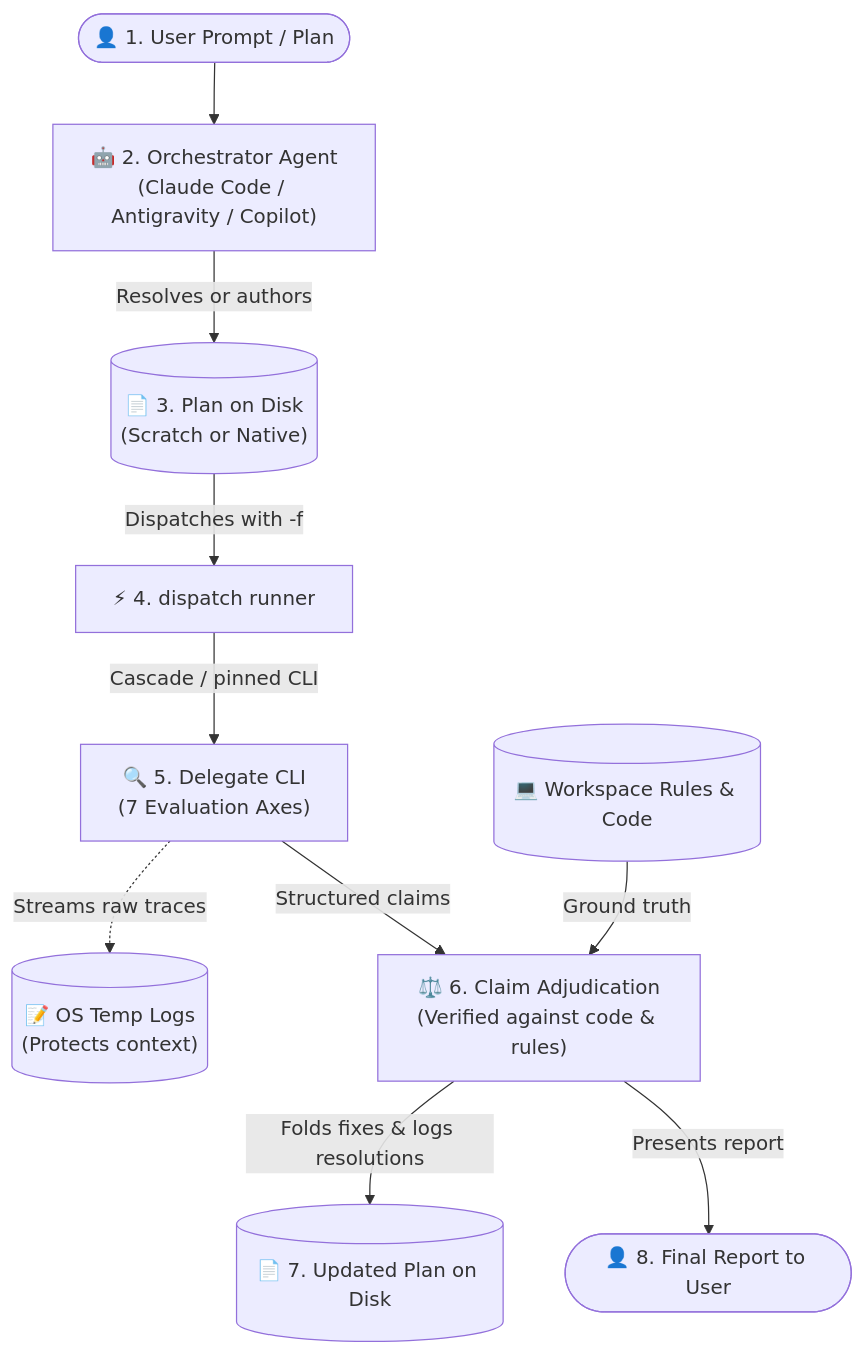
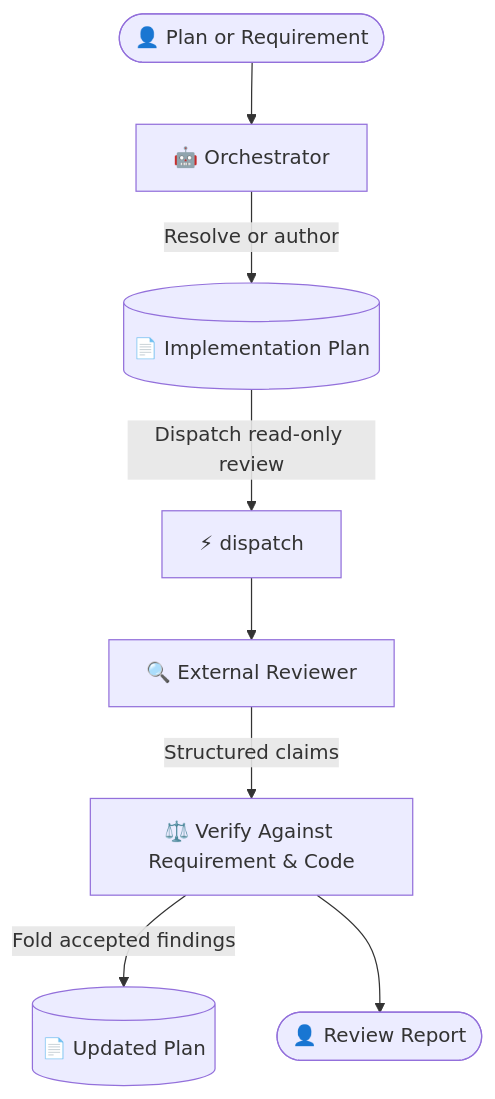
Before and after one commit to Gyunikuchan/dispatch-skills: the diagram in skills/dispatch-plan-review/README.md, drawn with Mermaid. The commit also changed other lines of this file and 22 other files, not shown here.

````diff
--- a/skills/dispatch-plan-review/README.md
+++ b/skills/dispatch-plan-review/README.md
@@ -16,16 +14,10 @@
 ```mermaid
 flowchart TD
-    Prompt(["👤 1. User Prompt / Plan"]) --> Orchestrator["🤖 2. Orchestrator Agent<br/>(Claude Code / Antigravity / Copilot)"]
-    
-    Orchestrator -->|"Resolves or authors"| Plan[("📄 3. Plan on Disk<br/>(Scratch or Native)")]
-    Plan -->|"Dispatches with -f"| Dispatch["⚡ 4. dispatch runner"]
-    
-    Dispatch -->|"Cascade / pinned CLI"| Delegate["🔍 5. Delegate CLI<br/>(7 Evaluation Axes)"]
-    Delegate -.->|"Streams raw traces"| Logs[("📝 OS Temp Logs<br/>(Protects context)")]
-    
-    Delegate -->|"Structured claims"| Adjudicate["⚖️ 6. Claim Adjudication<br/>(Verified against code & rules)"]
-    Codebase[("💻 Workspace Rules & Code")] -->|"Ground truth"| Adjudicate
-    
-    Adjudicate -->|"Folds fixes & logs resolutions"| UpdatedPlan[("📄 7. Updated Plan on Disk")]
-    Adjudicate -->|"Presents report"| Report(["👤 8. Final Report to User"])
+    Prompt(["👤 Plan or Requirement"]) --> Orchestrator["🤖 Orchestrator"]
+    Orchestrator -->|"Resolve or author"| Plan[("📄 Implementation Plan")]
+    Plan -->|"Dispatch read-only review"| Dispatch["⚡ dispatch"]
+    Dispatch --> Delegate["🔍 External Reviewer"]
+    Delegate -->|"Structured claims"| Adjudicate["⚖️ Verify Against Requirement & Code"]
+    Adjudicate -->|"Fold accepted findings"| UpdatedPlan[("📄 Updated Plan")]
+    Adjudicate --> Report(["👤 Review Report"])
 ```
````
